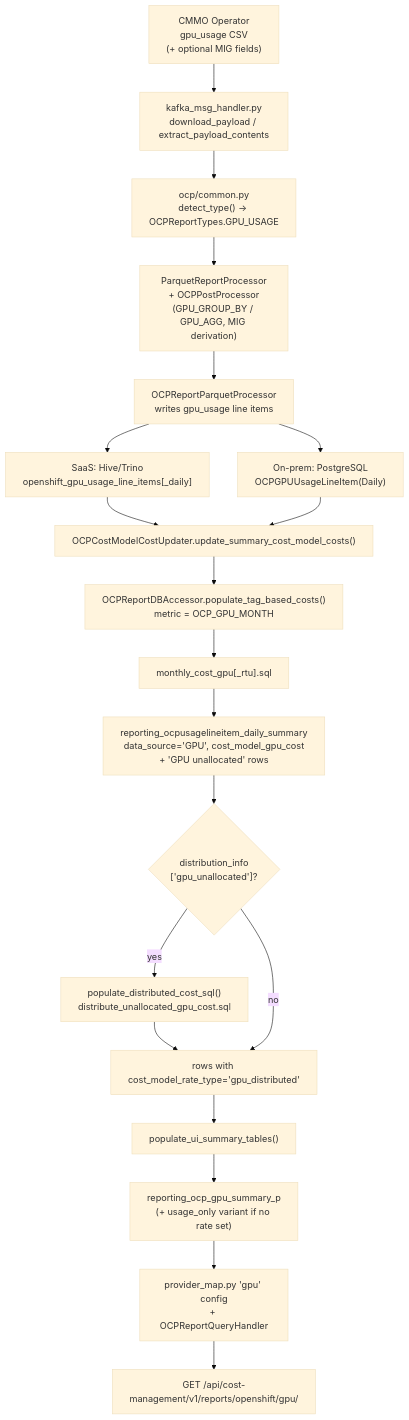
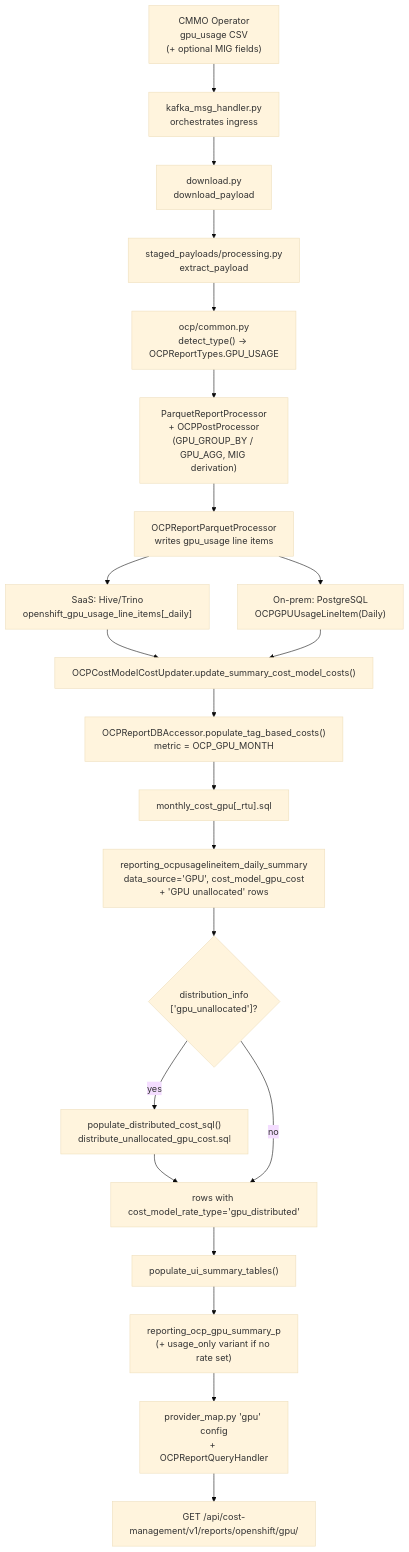
The diagram in docs/architecture/gpu-metric-integration.md (project-koku/koku), drawn with Mermaid (base theme) before and after one commit. The commit also changed other lines of this file and 5 other files, not shown here.

````diff
--- a/docs/architecture/gpu-metric-integration.md
+++ b/docs/architecture/gpu-metric-integration.md
@@ -50,28 +50,30 @@
 ```mermaid
 flowchart TD
-    A["CMMO Operator<br/>gpu_usage CSV<br/>(+ optional MIG fields)"] --> B["kafka_msg_handler.py<br/>download_payload / extract_payload_contents"]
-    B --> C["ocp/common.py<br/>detect_type() → OCPReportTypes.GPU_USAGE"]
+    A["CMMO Operator<br/>gpu_usage CSV<br/>(+ optional MIG fields)"] --> B["kafka_msg_handler.py<br/>orchestrates ingress"]
+    B --> B1["download.py<br/>download_payload"]
+    B1 --> B2["staged_payloads/processing.py<br/>extract_payload"]
+    B2 --> C["ocp/common.py<br/>detect_type() → OCPReportTypes.GPU_USAGE"]
     C --> D["ParquetReportProcessor<br/>+ OCPPostProcessor<br/>(GPU_GROUP_BY / GPU_AGG, MIG derivation)"]
     D --> E["OCPReportParquetProcessor<br/>writes gpu_usage line items"]
 
     E --> F1["SaaS: Hive/Trino<br/>openshift_gpu_usage_line_items[_daily]"]
     E --> F2["On-prem: PostgreSQL<br/>OCPGPUUsageLineItem(Daily)"]
 
     F1 --> G
     F2 --> G
 
     G["OCPCostModelCostUpdater.update_summary_cost_model_costs()"] --> H["OCPReportDBAccessor.populate_tag_based_costs()<br/>metric = OCP_GPU_MONTH"]
     H --> I["monthly_cost_gpu[_rtu].sql"]
     I --> J["reporting_ocpusagelineitem_daily_summary<br/>data_source='GPU', cost_model_gpu_cost<br/>+ 'GPU unallocated' rows"]
 
     J --> K{"distribution_info<br/>['gpu_unallocated']?"}
     K -- yes --> L["populate_distributed_cost_sql()<br/>distribute_unallocated_gpu_cost.sql"]
     L --> M["rows with cost_model_rate_type='gpu_distributed'"]
     K -- no --> M
 
     M --> N["populate_ui_summary_tables()"]
     N --> O["reporting_ocp_gpu_summary_p<br/>(+ usage_only variant if no rate set)"]
 
     O --> P["provider_map.py 'gpu' config<br/>+ OCPReportQueryHandler"]
     P --> Q["GET /api/cost-management/v1/reports/openshift/gpu/"]
 ```
````
